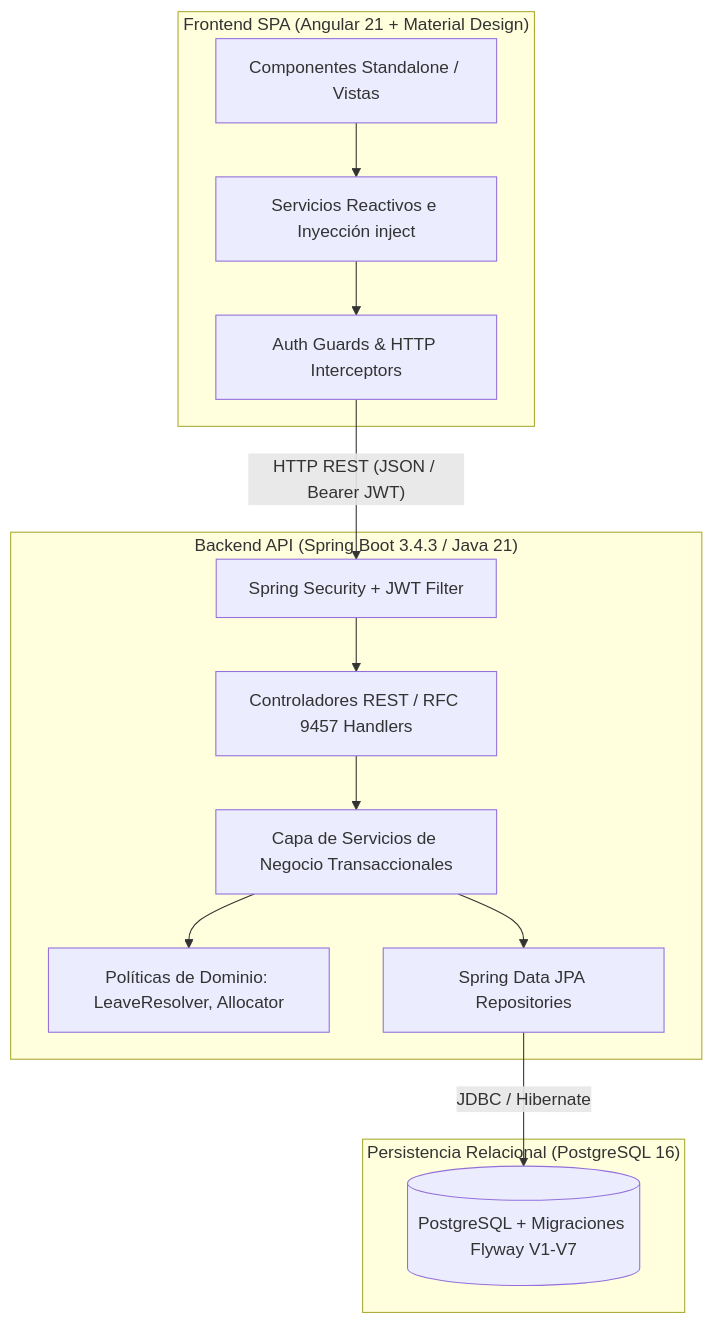
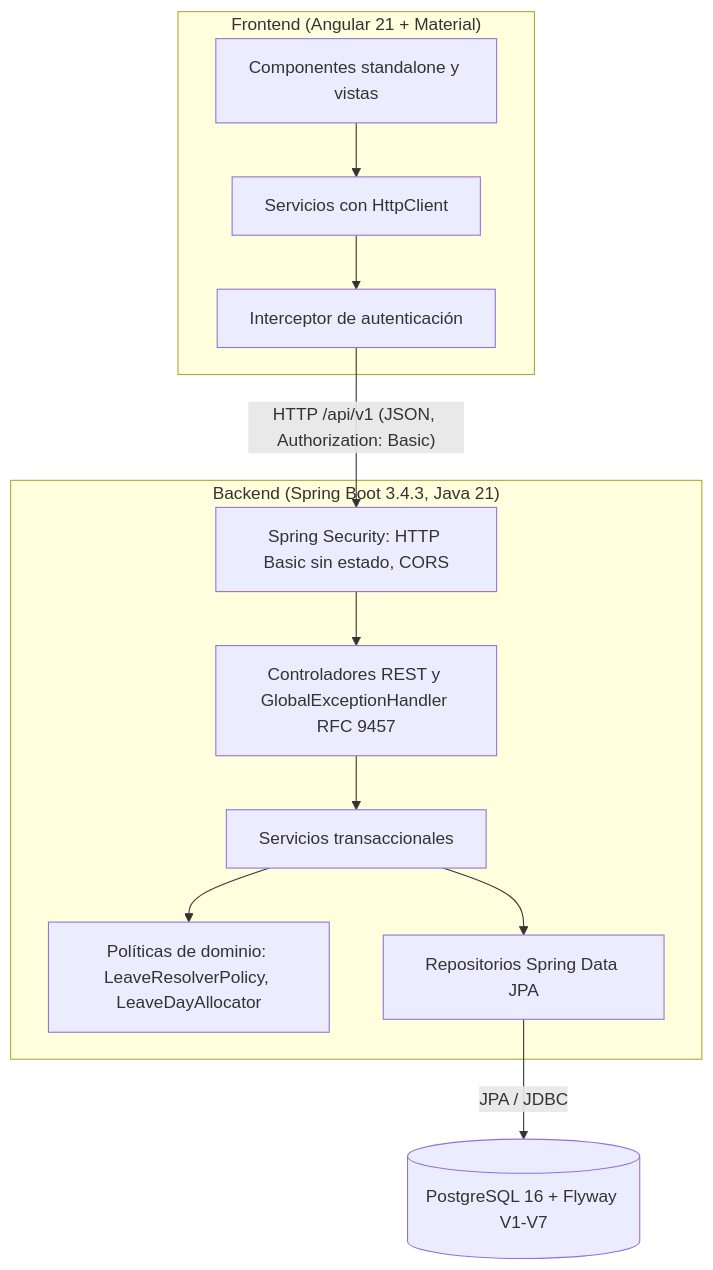
The diagram in docs/memoria.md (Arid3n/recursos-humanos-IW), drawn with Mermaid before and after one commit. The commit also changed other lines of this file and 70 other files, not shown here.

````diff
--- a/docs/memoria.md
+++ b/docs/memoria.md
@@ -209,29 +167,20 @@
 ```mermaid
 flowchart TD
-    subgraph Frontend["Frontend SPA (Angular 21 + Material Design)"]
-        UI[Componentes Standalone / Vistas]
-        Services[Servicios Reactivos e Inyección inject]
-        Guards[Auth Guards & HTTP Interceptors]
+    subgraph Front["Frontend (Angular 21 + Material)"]
+        UI[Componentes standalone y vistas]
+        Svc[Servicios con HttpClient]
+        Int[Interceptor de autenticación]
     end
-
-    subgraph Backend["Backend API (Spring Boot 3.4.3 / Java 21)"]
-        Security[Spring Security + JWT Filter]
-        Controllers[Controladores REST / RFC 9457 Handlers]
-        AppServices[Capa de Servicios de Negocio Transaccionales]
-        Policies[Políticas de Dominio: LeaveResolver, Allocator]
-        Repos[Spring Data JPA Repositories]
+    subgraph Back["Backend (Spring Boot 3.4.3, Java 21)"]
+        Sec[Spring Security: HTTP Basic sin estado, CORS]
+        Ctl[Controladores REST y GlobalExceptionHandler RFC 9457]
+        Srv[Servicios transaccionales]
+        Pol[Políticas de dominio: LeaveResolverPolicy, LeaveDayAllocator]
+        Rep[Repositorios Spring Data JPA]
     end
-
-    subgraph Database["Persistencia Relacional (PostgreSQL 16)"]
-        DB[(PostgreSQL + Migraciones Flyway V1-V7)]
-    end
-
-    UI --> Services
-    Services --> Guards
-    Guards -- "HTTP REST (JSON / Bearer JWT)" --> Security
-    Security --> Controllers
-    Controllers --> AppServices
-    AppServices --> Policies
-    AppServices --> Repos
-    Repos -- "JDBC / Hibernate" --> DB
+    DB[(PostgreSQL 16 + Flyway V1-V7)]
+    UI --> Svc --> Int
+    Int -- "HTTP /api/v1 (JSON, Authorization: Basic)" --> Sec
+    Sec --> Ctl --> Srv --> Pol
+    Srv --> Rep -- "JPA / JDBC" --> DB
 ```
````
